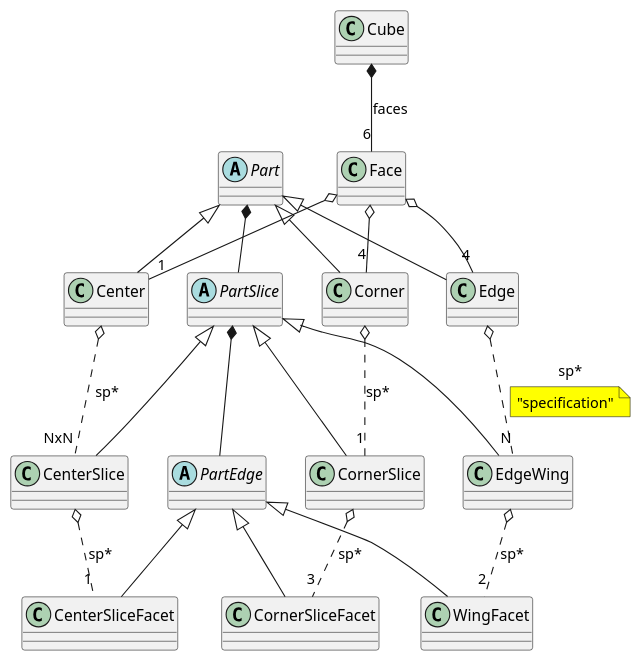
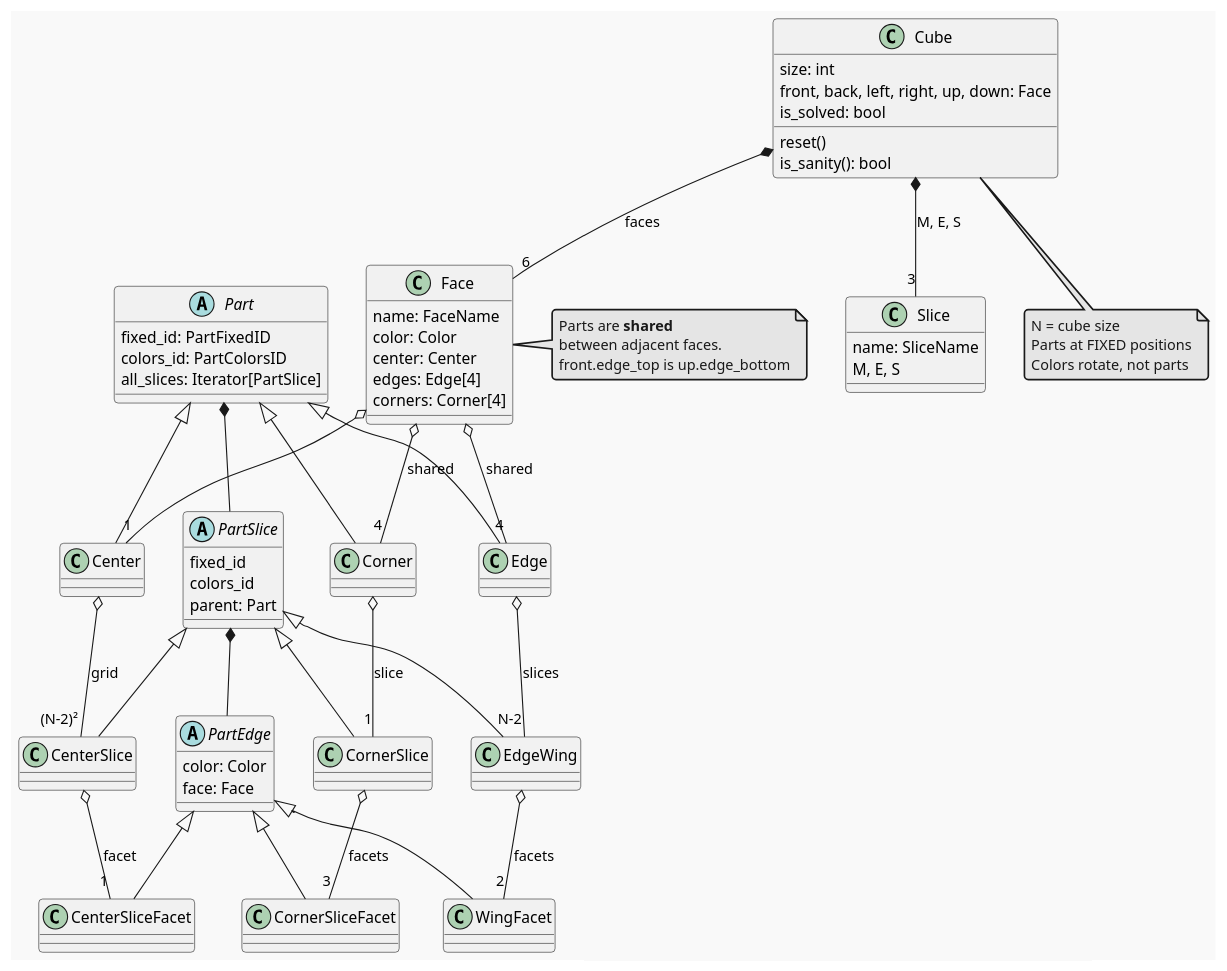
Before and after one commit to boaznahum/cubesolve: the diagram in readme_files/cube_model.puml, drawn with PlantUML. The commit also changed 14 other files, not shown here.

First line of the commit message:
Improve and add PlantUML diagrams for README documentation

```diff
--- a/readme_files/cube_model.puml
+++ b/readme_files/cube_model.puml
@@ -1,44 +1,88 @@
 @startuml
 'https://plantuml.com/class-diagram
 
-class Cube
+!theme mars
 
-class Face
+class Cube {
+    size: int
+    front, back, left, right, up, down: Face
+    reset()
+    is_solved: bool
+    is_sanity(): bool
+}
 
-abstract class Part
-abstract class PartSlice
-abstract class PartEdge
+class Face {
+    name: FaceName
+    color: Color
+    center: Center
+    edges: Edge[4]
+    corners: Corner[4]
+}
+
+class Slice {
+    name: SliceName
+    M, E, S
+}
+
+abstract class Part {
+    fixed_id: PartFixedID
+    colors_id: PartColorsID
+    all_slices: Iterator[PartSlice]
+}
+
+abstract class PartSlice {
+    fixed_id
+    colors_id
+    parent: Part
+}
+
+abstract class PartEdge {
+    color: Color
+    face: Face
+}
 
 Part <|-- Edge
 Part <|-- Corner
 Part <|-- Center
 
 Part *-- PartSlice
 
 PartSlice <|-- EdgeWing
 PartSlice <|-- CornerSlice
 PartSlice <|-- CenterSlice
 
 
-Cube   *--  "6" Face: "faces"
+Cube *-- "6" Face: faces
+Cube *-- "3" Slice: M, E, S
 
-Face  o-- "1" Center
-Face  o-- "4" Edge
-Face  o-- "4" Corner
+Face o-- "1" Center
+Face o-- "4" Edge : shared
+Face o-- "4" Corner : shared
 
-Edge o.. "N" EdgeWing: "sp*"
-note on link #yellow: "specification"
-Corner o.. "1" CornerSlice: "sp*"
-Center o.. "NxN" CenterSlice: "sp*"
+note right of Face
+  Parts are **shared**
+  between adjacent faces.
+  front.edge_top is up.edge_bottom
+end note
+
+Edge o-- "N-2" EdgeWing : slices
+Corner o-- "1" CornerSlice : slice
+Center o-- "(N-2)²" CenterSlice : grid
 
 PartSlice *-- PartEdge
 
 PartEdge <|-- WingFacet
 PartEdge <|-- CornerSliceFacet
 PartEdge <|-- CenterSliceFacet
 
-EdgeWing o.. "2" WingFacet: "sp*"
-CornerSlice o.. "3" CornerSliceFacet: "sp*"
-CenterSlice o.. "1" CenterSliceFacet: "sp*"
+EdgeWing o-- "2" WingFacet : facets
+CornerSlice o-- "3" CornerSliceFacet : facets
+CenterSlice o-- "1" CenterSliceFacet : facet
+
+note bottom of Cube
+  N = cube size
+  Parts at FIXED positions
+  Colors rotate, not parts
+end note
 
 @enduml
```
